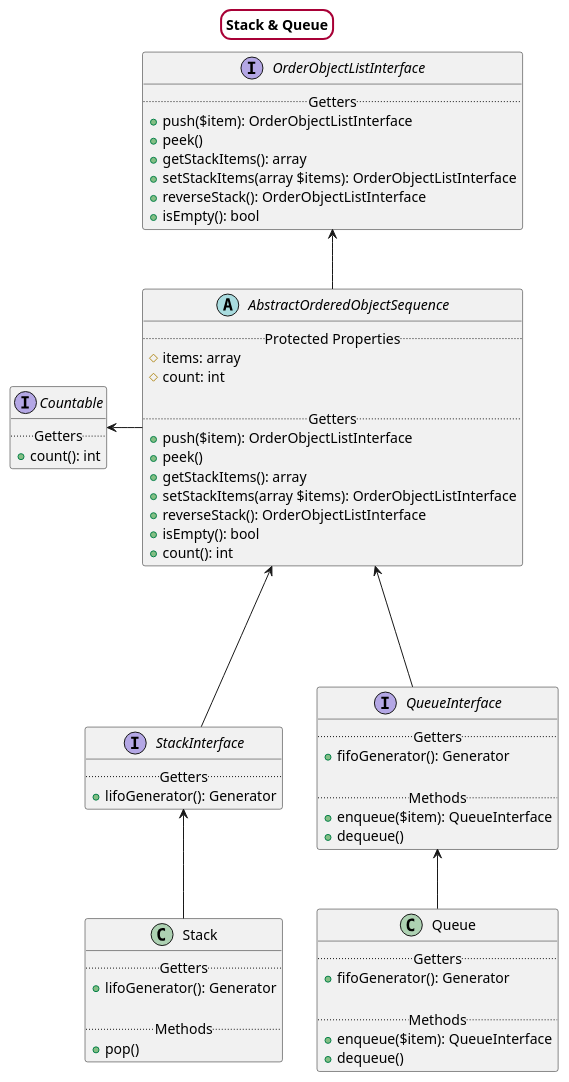
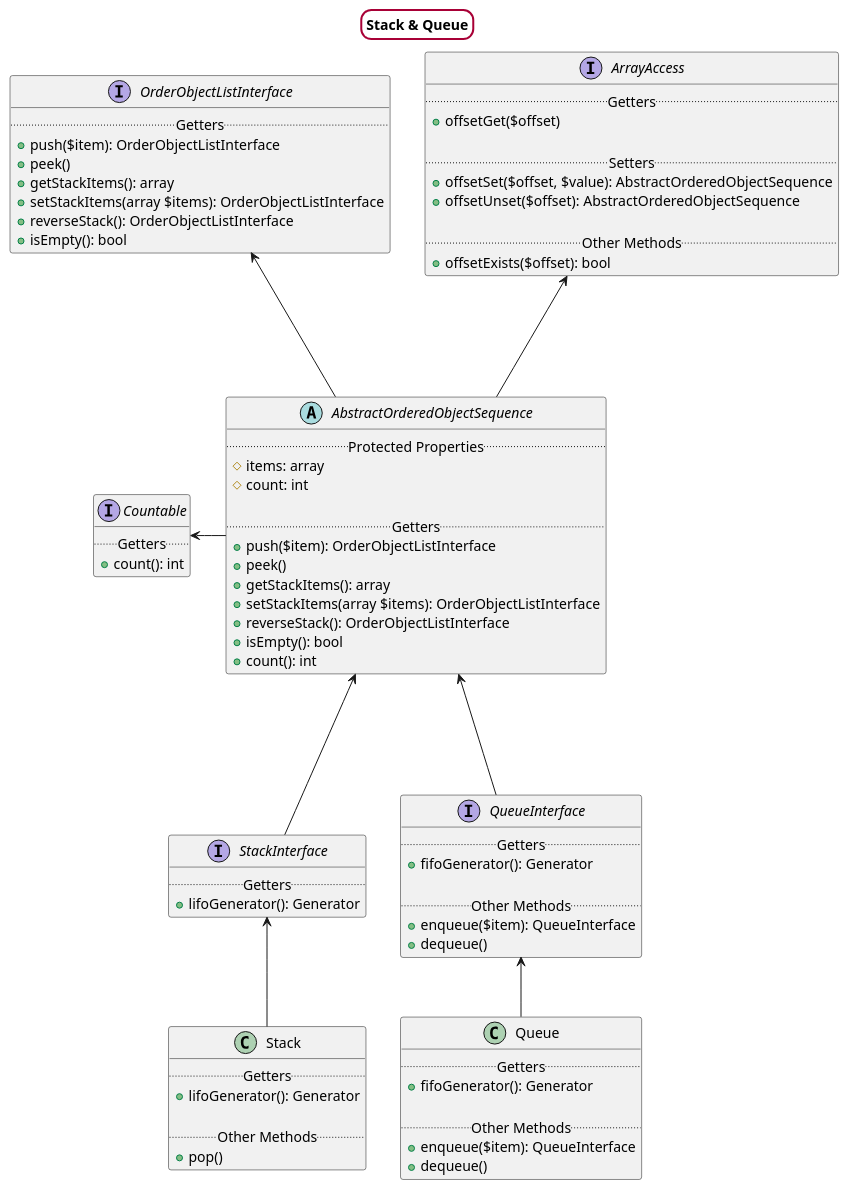
Before and after one commit to nanobash/Data-Structure: the diagram in src/StackQueue.puml, drawn with PlantUML. The commit also changed 2 other files, not shown here.

Commit message:
Adds ArrayAccess interface
    84 tests, 182 assertions
    100% coverage

```diff
--- a/src/StackQueue.puml
+++ b/src/StackQueue.puml
@@ -1,89 +1,103 @@
 @startuml
 
 /'
     Simple UML (Unified Modeling Language)
 '/
 
 skinparam titleBorderRoundCorner 20
 skinparam titleBorderThickness 2
 skinparam titleBorderColor #A80036
 skinparam titleBackgroundColor white
 
 title Stack & Queue
 
 interface OrderObjectListInterface
 {
     .. Getters ..
     + push($item): OrderObjectListInterface
     + peek()
     + getStackItems(): array
     + setStackItems(array $items): OrderObjectListInterface
     + reverseStack(): OrderObjectListInterface
     + isEmpty(): bool
 }
 
 interface Countable
 {
     .. Getters ..
     + count(): int
 }
 
+interface ArrayAccess
+{
+    .. Getters ..
+    + offsetGet($offset)
+
+    .. Setters ..
+    + offsetSet($offset, $value): AbstractOrderedObjectSequence
+    + offsetUnset($offset): AbstractOrderedObjectSequence
+
+    .. Other Methods ..
+    + offsetExists($offset): bool
+}
+
 abstract class AbstractOrderedObjectSequence
 {
     .. Protected Properties ..
     # items: array
     # count: int
 
     .. Getters ..
     + push($item): OrderObjectListInterface
     + peek()
     + getStackItems(): array
     + setStackItems(array $items): OrderObjectListInterface
     + reverseStack(): OrderObjectListInterface
     + isEmpty(): bool
     + count(): int
 }
 
 interface StackInterface
 {
     .. Getters ..
     + lifoGenerator(): Generator
 }
 
 interface QueueInterface
 {
     .. Getters ..
     + fifoGenerator(): Generator
 
-    .. Methods ..
+    .. Other Methods ..
     + enqueue($item): QueueInterface
     + dequeue()
 }
 
 class Stack
 {
     .. Getters ..
     + lifoGenerator(): Generator
 
-    .. Methods ..
+    .. Other Methods ..
     + pop()
 }
 
 class Queue
 {
     .. Getters ..
     + fifoGenerator(): Generator
 
-    .. Methods ..
+    .. Other Methods ..
     + enqueue($item): QueueInterface
     + dequeue()
 }
 
 Countable <- AbstractOrderedObjectSequence
-OrderObjectListInterface <-- AbstractOrderedObjectSequence
+ArrayAccess <--- AbstractOrderedObjectSequence
+OrderObjectListInterface <--- AbstractOrderedObjectSequence
 AbstractOrderedObjectSequence <--- StackInterface
 AbstractOrderedObjectSequence <--- QueueInterface
 StackInterface <-- Stack
 QueueInterface <-- Queue
 
 @enduml
```
